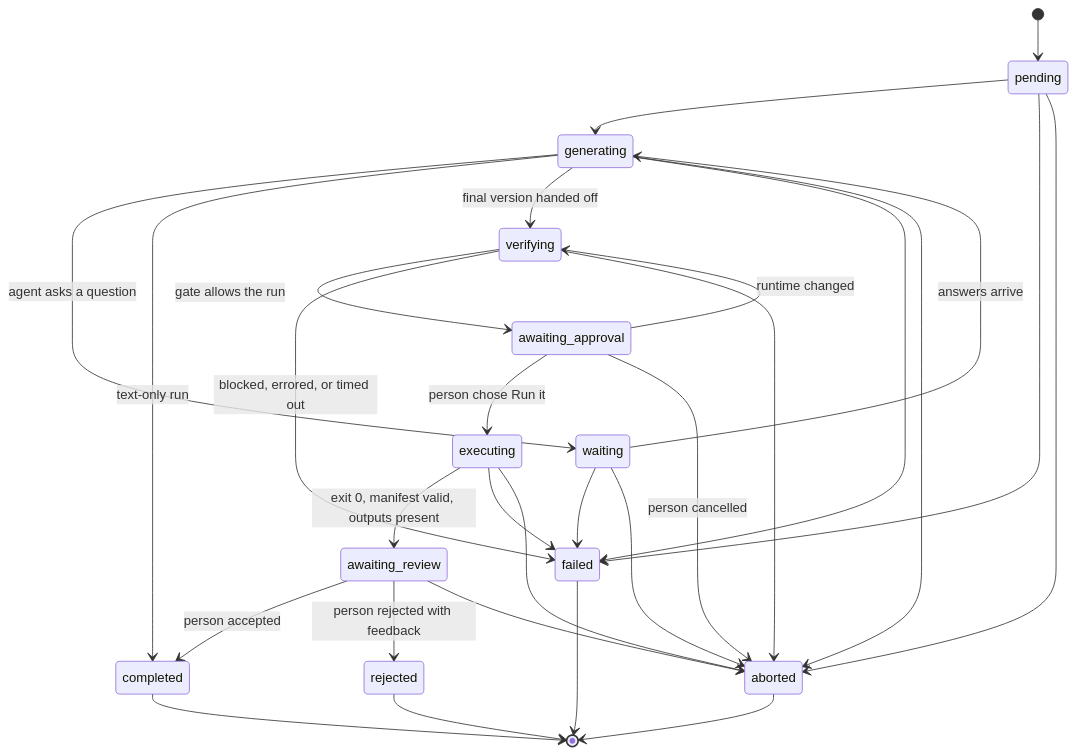
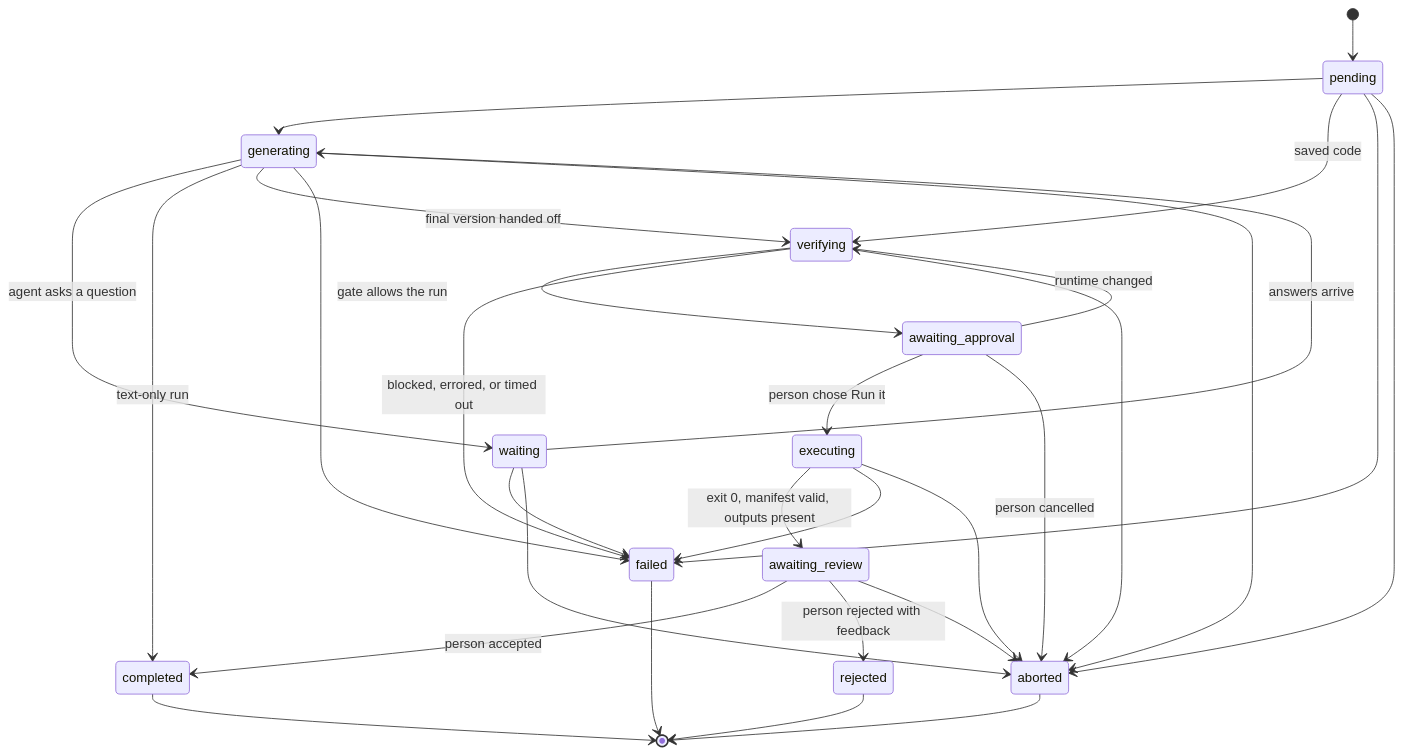
One commit to abranjith/auto-mate changed the fifth of 12 diagrams in docs/architecture.md. Above: the diagram before and after it, drawn with Mermaid. The commit also changed other lines of this file and 282 other files, not shown here.

````diff
--- a/docs/architecture.md
+++ b/docs/architecture.md
@@ -299,31 +343,32 @@
 ```mermaid
 stateDiagram-v2
   [*] --> pending
   pending --> generating
+  pending --> verifying: saved code
   pending --> failed
   pending --> aborted
   generating --> waiting: agent asks a question
   waiting --> generating: answers arrive
   waiting --> failed
   waiting --> aborted
   generating --> completed: text-only run
   generating --> verifying: final version handed off
   generating --> failed
   generating --> aborted
   verifying --> awaiting_approval: gate allows the run
   verifying --> failed: blocked, errored, or timed out
   verifying --> aborted
   awaiting_approval --> executing: person chose Run it
   awaiting_approval --> verifying: runtime changed
   awaiting_approval --> aborted: person cancelled
   executing --> awaiting_review: exit 0, manifest valid, outputs present
   executing --> failed
   executing --> aborted
   awaiting_review --> completed: person accepted
   awaiting_review --> rejected: person rejected with feedback
   awaiting_review --> aborted
   completed --> [*]
   failed --> [*]
   aborted --> [*]
   rejected --> [*]
 ```
````
